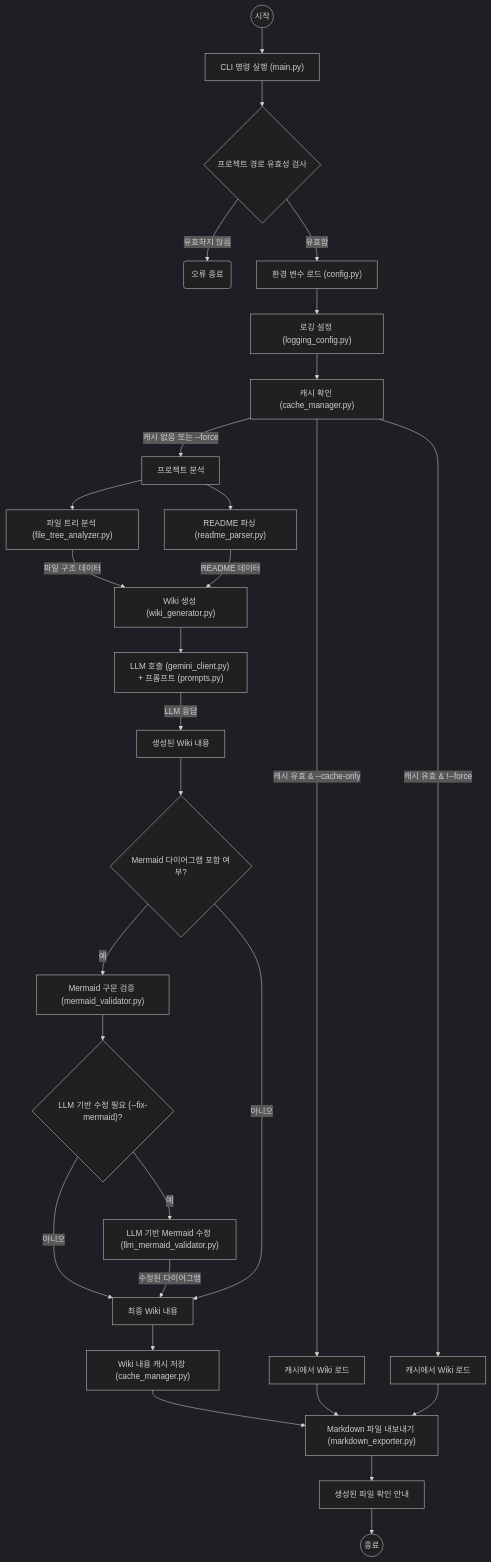
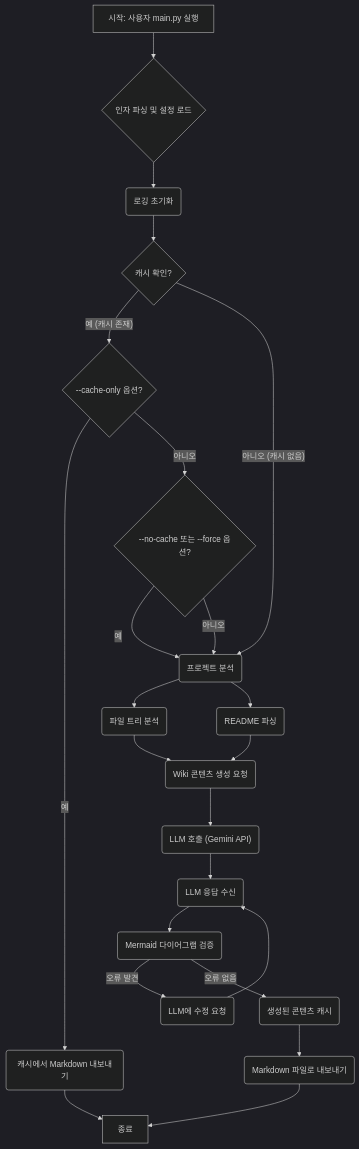
Before and after one commit to woosikseol/deepwiki-open: the third of 3 diagrams in python_kb/.adalflow/wikicache/python_kb/project_structure.md, drawn with Mermaid (dark theme). The commit also changed other lines of this file and 30 other files, not shown here.

Commit message:
llm mermaid validation

````diff
--- a/python_kb/.adalflow/wikicache/python_kb/project_structure.md
+++ b/python_kb/.adalflow/wikicache/python_kb/project_structure.md
@@ -194,37 +177,26 @@
 ```mermaid
 graph TD
-    start(("시작")) --> A["CLI 명령 실행 (main.py)"]
-    A --> B{"프로젝트 경로 유효성 검사"}
-    B -- "유효하지 않음" --> Z("오류 종료")
-    B -- "유효함" --> C["환경 변수 로드 (config.py)"]
-    C --> D["로깅 설정 (logging_config.py)"]
-    D --> E["캐시 확인 (cache_manager.py)"]
+    A["시작: 사용자 main.py 실행"] --> B{"인자 파싱 및 설정 로드"}
+    B --> C("로깅 초기화")
+    C --> D{"캐시 확인?"}
+    D -- "예 (캐시 존재)" --> E{"--cache-only 옵션?"}
+    E -- "예" --> F("캐시에서 Markdown 내보내기")
+    E -- "아니오" --> G{"--no-cache 또는 --force 옵션?"}
+    G -- "예" --> H("프로젝트 분석")
+    G -- "아니오" --> H("프로젝트 분석")
+    D -- "아니오 (캐시 없음)" --> H("프로젝트 분석")
 
-    E -- "캐시 유효 & --cache-only" --> F["캐시에서 Wiki 로드"]
-    E -- "캐시 유효 & !--force" --> G["캐시에서 Wiki 로드"]
-    E -- "캐시 없음 또는 --force" --> H["프로젝트 분석"]
+    H --> I("파일 트리 분석")
+    H --> J("README 파싱")
+    I & J --> K("Wiki 콘텐츠 생성 요청")
+    K --> L("LLM 호출 (Gemini API)")
+    L --> M("LLM 응답 수신")
+    M --> N("Mermaid 다이어그램 검증")
+    N -- "오류 발견" --> O("LLM에 수정 요청")
+    O --> M
+    N -- "오류 없음" --> P("생성된 콘텐츠 캐시")
+    P --> Q("Markdown 파일로 내보내기")
+    Q --> R["종료"]
 
-    H --> I["파일 트리 분석 (file_tree_analyzer.py)"]
-    H --> J["README 파싱 (readme_parser.py)"]
-    I -- "파일 구조 데이터" --> K["Wiki 생성 (wiki_generator.py)"]
-    J -- "README 데이터" --> K
-
-    K --> L["LLM 호출 (gemini_client.py) + 프롬프트 (prompts.py)"]
-    L -- "LLM 응답" --> M["생성된 Wiki 내용"]
-
-    M --> N{"Mermaid 다이어그램 포함 여부?"}
-    N -- "예" --> O["Mermaid 구문 검증 (mermaid_validator.py)"]
-    O --> P{"LLM 기반 수정 필요 (--fix-mermaid)?"}
-    P -- "예" --> Q["LLM 기반 Mermaid 수정 (llm_mermaid_validator.py)"]
-    P -- "아니오" --> R["최종 Wiki 내용"]
-    Q -- "수정된 다이어그램" --> R
-    N -- "아니오" --> R
-
-    R --> S["Wiki 내용 캐시 저장 (cache_manager.py)"]
-    S --> T["Markdown 파일 내보내기 (markdown_exporter.py)"]
-    T --> U["생성된 파일 확인 안내"]
-    U --> endNode(("종료"))
-
-    F --> T
-    G --> T
+    F --> R
 ```
````
